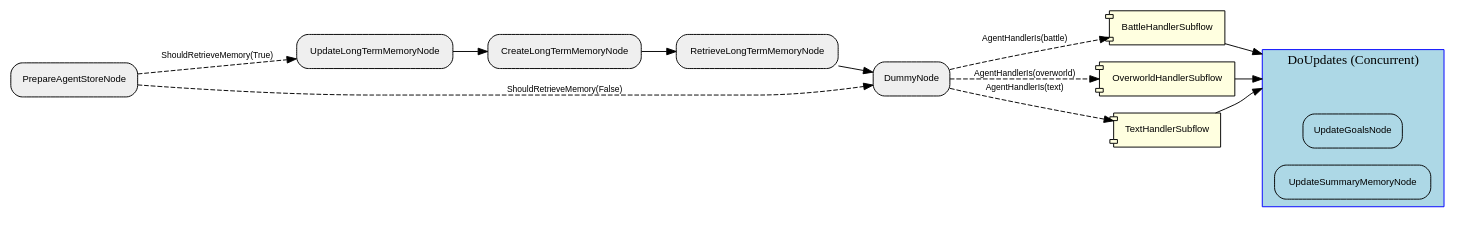
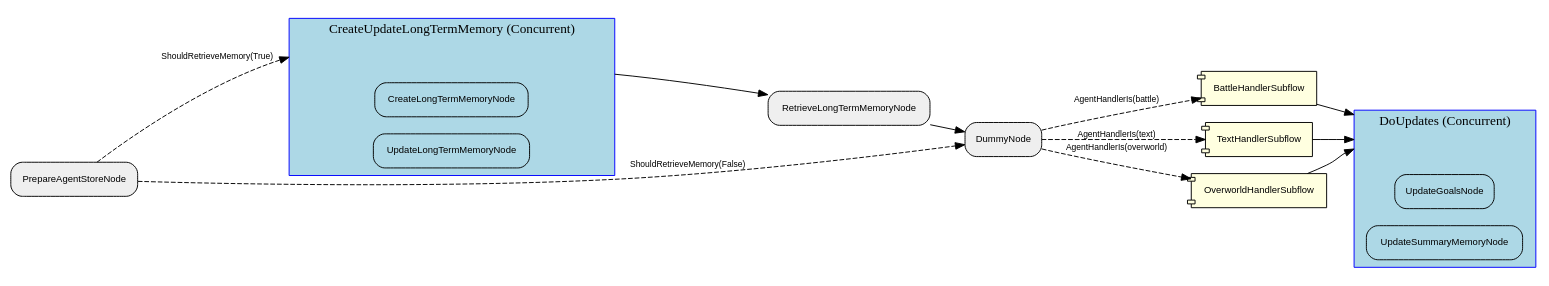
Before and after one commit to clambro/ai-plays-pokemon: the diagram in visualization/agent_graph/Graph.dot, drawn with Graphviz. The commit also changed 36 other files, not shown here.

First line of the commit message:
Long term memory updates (#40)

```diff
--- a/visualization/agent_graph/Graph.dot
+++ b/visualization/agent_graph/Graph.dot
@@ -1,36 +1,44 @@
 digraph "G" {
   rankdir=LR;
   compound=true;
   node [shape=box, style="rounded,filled", fillcolor="#EFEFEF", fontname="Helvetica", fontsize=10];
   edge [fontname="Helvetica", fontsize=9];
-  subgraph "cluster_lyAvSq5nnhy4mZqHC6Ukl" {
+  subgraph "cluster_1XstHVdUO9Z0VeEolFwc2" {
     label="DoUpdates (Concurrent)";
     style="filled"; fillcolor="lightblue"; color="blue";
     node [fillcolor="lightblue", style="filled,rounded"];
-    "lyAvSq5nnhy4mZqHC6Ukl__entry" [label="", shape=point, width=0.01, style=invis];
-    "lyAvSq5nnhy4mZqHC6Ukl__exit"  [label="", shape=point, width=0.01, style=invis];
-    WNE3qg3qUq7Lz9roYxjES [label="UpdateGoalsNode"];
-    "08cTM4vc2ZKBS3cdUNpLx" [label="UpdateSummaryMemoryNode"];
+    "1XstHVdUO9Z0VeEolFwc2__entry" [label="", shape=point, width=0.01, style=invis];
+    "1XstHVdUO9Z0VeEolFwc2__exit"  [label="", shape=point, width=0.01, style=invis];
+    X06oYKx1sQJd1b00PXtzh [label="UpdateGoalsNode"];
+    ekrx8zmjMhGfEJwLFrxTa [label="UpdateSummaryMemoryNode"];
   }
-  gNBHFs8bC8StqT7fQkamw [label="RetrieveLongTermMemoryNode"];
-  twyDfkAzLBxV7y9W9W1JX [label="PrepareAgentStoreNode"];
-  gDfzLuLt5MzPRvZGWrLkx [label="BattleHandlerSubflow", shape=component, style="filled,rounded", fillcolor="lightyellow"];
-  QhnrSC32d5nVRaDBtdmyC [label="OverworldHandlerSubflow", shape=component, style="filled,rounded", fillcolor="lightyellow"];
-  lh8eHsB39cpOhT5xwknoX [label="TextHandlerSubflow", shape=component, style="filled,rounded", fillcolor="lightyellow"];
-  WNE3qg3qUq7Lz9roYxjES [label="UpdateGoalsNode"];
-  E7C7zFA9D6mtpkTAh3KC4 [label="UpdateLongTermMemoryNode"];
-  LGHVU8RVcW00NOIvwnd3a [label="DummyNode"];
-  Ribr7Ye7i8FvDXvoRYJpP [label="CreateLongTermMemoryNode"];
-  "08cTM4vc2ZKBS3cdUNpLx" [label="UpdateSummaryMemoryNode"];
-  twyDfkAzLBxV7y9W9W1JX -> E7C7zFA9D6mtpkTAh3KC4 [style="dashed", label="ShouldRetrieveMemory(True)"];
-  E7C7zFA9D6mtpkTAh3KC4 -> Ribr7Ye7i8FvDXvoRYJpP [style="solid"];
-  Ribr7Ye7i8FvDXvoRYJpP -> gNBHFs8bC8StqT7fQkamw [style="solid"];
-  twyDfkAzLBxV7y9W9W1JX -> LGHVU8RVcW00NOIvwnd3a [style="dashed", label="ShouldRetrieveMemory(False)"];
-  gNBHFs8bC8StqT7fQkamw -> LGHVU8RVcW00NOIvwnd3a [style="solid"];
-  LGHVU8RVcW00NOIvwnd3a -> QhnrSC32d5nVRaDBtdmyC [style="dashed", label="AgentHandlerIs(overworld)"];
-  LGHVU8RVcW00NOIvwnd3a -> gDfzLuLt5MzPRvZGWrLkx [style="dashed", label="AgentHandlerIs(battle)"];
-  LGHVU8RVcW00NOIvwnd3a -> lh8eHsB39cpOhT5xwknoX [style="dashed", label="AgentHandlerIs(text)"];
-  lh8eHsB39cpOhT5xwknoX -> lyAvSq5nnhy4mZqHC6Ukl__entry [lhead="cluster_lyAvSq5nnhy4mZqHC6Ukl", style="solid"];
-  gDfzLuLt5MzPRvZGWrLkx -> lyAvSq5nnhy4mZqHC6Ukl__entry [lhead="cluster_lyAvSq5nnhy4mZqHC6Ukl", style="solid"];
-  QhnrSC32d5nVRaDBtdmyC -> lyAvSq5nnhy4mZqHC6Ukl__entry [lhead="cluster_lyAvSq5nnhy4mZqHC6Ukl", style="solid"];
+  subgraph "cluster_0Ihy6KkLY05xOJNAPJGdP" {
+    label="CreateUpdateLongTermMemory (Concurrent)";
+    style="filled"; fillcolor="lightblue"; color="blue";
+    node [fillcolor="lightblue", style="filled,rounded"];
+    "0Ihy6KkLY05xOJNAPJGdP__entry" [label="", shape=point, width=0.01, style=invis];
+    "0Ihy6KkLY05xOJNAPJGdP__exit"  [label="", shape=point, width=0.01, style=invis];
+    la56P3KDq8T8nWJE01mBK [label="CreateLongTermMemoryNode"];
+    "0cFOgTKE93EloAVyvgHpE" [label="UpdateLongTermMemoryNode"];
+  }
+  eQnKhsyGUSlB4zqJcIvKM [label="DummyNode"];
+  ekrx8zmjMhGfEJwLFrxTa [label="UpdateSummaryMemoryNode"];
+  la56P3KDq8T8nWJE01mBK [label="CreateLongTermMemoryNode"];
+  "6SefxfRRuhdSvgmkq9leZ" [label="BattleHandlerSubflow", shape=component, style="filled,rounded", fillcolor="lightyellow"];
+  "7EcA77LFSMhYz3s1SLvCW" [label="RetrieveLongTermMemoryNode"];
+  "0cFOgTKE93EloAVyvgHpE" [label="UpdateLongTermMemoryNode"];
+  J2EDXATIL7oUsUnx0DQJI [label="PrepareAgentStoreNode"];
+  OapdZq7B69Wz7WVm2Sgjl [label="TextHandlerSubflow", shape=component, style="filled,rounded", fillcolor="lightyellow"];
+  X06oYKx1sQJd1b00PXtzh [label="UpdateGoalsNode"];
+  kUabYn5S41R72DYKAv8Lz [label="OverworldHandlerSubflow", shape=component, style="filled,rounded", fillcolor="lightyellow"];
+  J2EDXATIL7oUsUnx0DQJI -> "0Ihy6KkLY05xOJNAPJGdP__entry" [lhead="cluster_0Ihy6KkLY05xOJNAPJGdP", style="dashed", label="ShouldRetrieveMemory(True)"];
+  "0Ihy6KkLY05xOJNAPJGdP__exit" -> "7EcA77LFSMhYz3s1SLvCW" [ltail="cluster_0Ihy6KkLY05xOJNAPJGdP", style="solid"];
+  J2EDXATIL7oUsUnx0DQJI -> eQnKhsyGUSlB4zqJcIvKM [style="dashed", label="ShouldRetrieveMemory(False)"];
+  "7EcA77LFSMhYz3s1SLvCW" -> eQnKhsyGUSlB4zqJcIvKM [style="solid"];
+  eQnKhsyGUSlB4zqJcIvKM -> kUabYn5S41R72DYKAv8Lz [style="dashed", label="AgentHandlerIs(overworld)"];
+  eQnKhsyGUSlB4zqJcIvKM -> "6SefxfRRuhdSvgmkq9leZ" [style="dashed", label="AgentHandlerIs(battle)"];
+  eQnKhsyGUSlB4zqJcIvKM -> OapdZq7B69Wz7WVm2Sgjl [style="dashed", label="AgentHandlerIs(text)"];
+  OapdZq7B69Wz7WVm2Sgjl -> "1XstHVdUO9Z0VeEolFwc2__entry" [lhead="cluster_1XstHVdUO9Z0VeEolFwc2", style="solid"];
+  "6SefxfRRuhdSvgmkq9leZ" -> "1XstHVdUO9Z0VeEolFwc2__entry" [lhead="cluster_1XstHVdUO9Z0VeEolFwc2", style="solid"];
+  kUabYn5S41R72DYKAv8Lz -> "1XstHVdUO9Z0VeEolFwc2__entry" [lhead="cluster_1XstHVdUO9Z0VeEolFwc2", style="solid"];
 }
```
